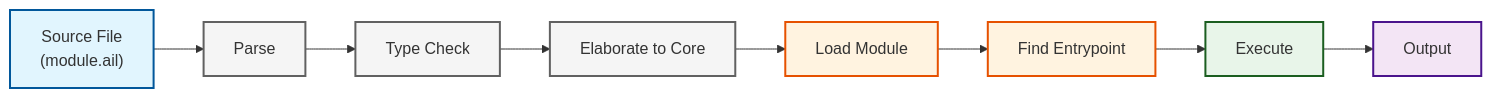
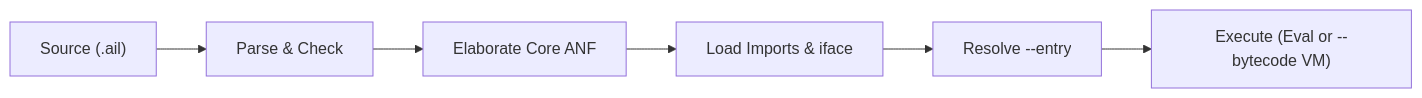
The diagram in docs/docs/guides/module_execution.mdx (sunholo-data/ailang), drawn with Mermaid before and after one commit. The commit also changed other lines of this file and 19 other files, not shown here.

````diff
--- a/docs/docs/guides/module_execution.mdx
+++ b/docs/docs/guides/module_execution.mdx
@@ -32,19 +20,8 @@
 ```mermaid
-graph LR
-    A["Source File<br/>(module.ail)"] --> B["Parse"]
-    B --> C["Type Check"]
-    C --> D["Elaborate to Core"]
-    D --> E["Load Module"]
-    E --> F["Find Entrypoint"]
-    F --> G["Execute"]
-    G --> H["Output"]
-
-    style A fill:#e1f5fe,stroke:#01579b,stroke-width:2px
-    style B fill:#f5f5f5,stroke:#616161,stroke-width:2px
-    style C fill:#f5f5f5,stroke:#616161,stroke-width:2px
-    style D fill:#f5f5f5,stroke:#616161,stroke-width:2px
-    style E fill:#fff3e0,stroke:#e65100,stroke-width:2px
-    style F fill:#fff3e0,stroke:#e65100,stroke-width:2px
-    style G fill:#e8f5e9,stroke:#1b5e20,stroke-width:2px
-    style H fill:#f3e5f5,stroke:#4a148c,stroke-width:2px
+flowchart LR
+    A["Source (.ail)"] --> B["Parse & Check"]
+    B --> C["Elaborate Core ANF"]
+    C --> D["Load Imports & iface"]
+    D --> E["Resolve --entry"]
+    E --> F["Execute (Eval or --bytecode VM)"]
 ```
````
